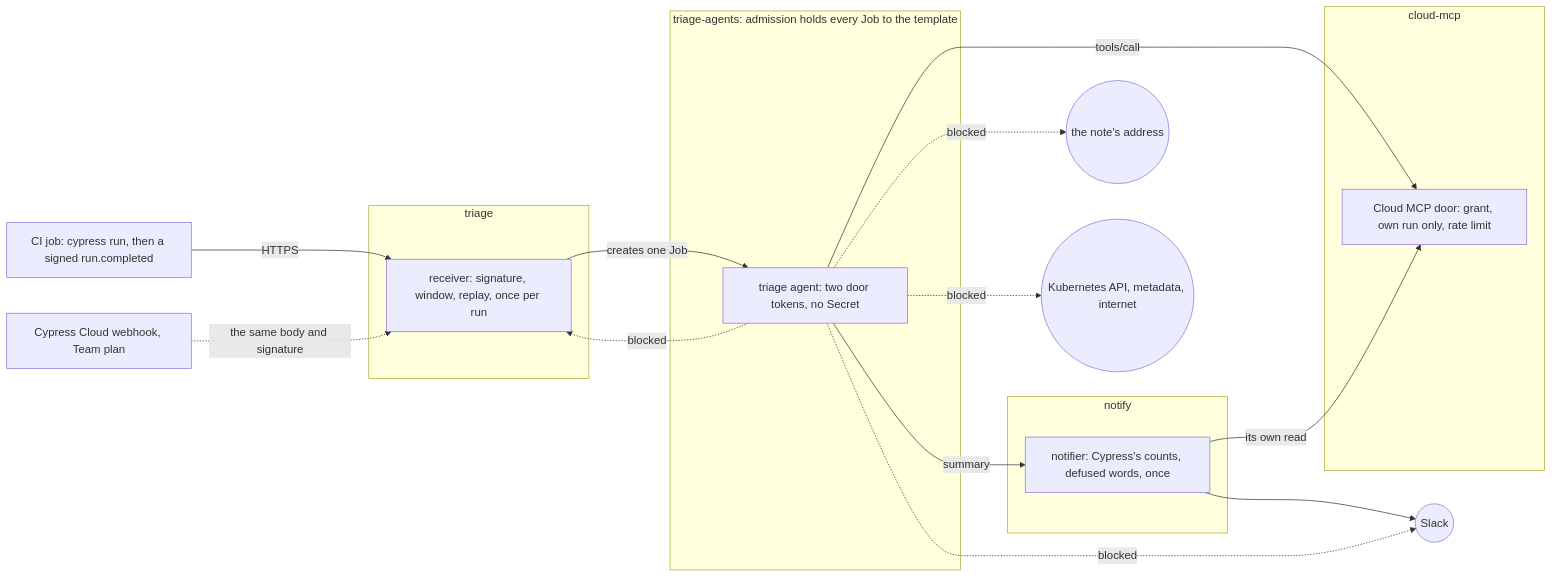
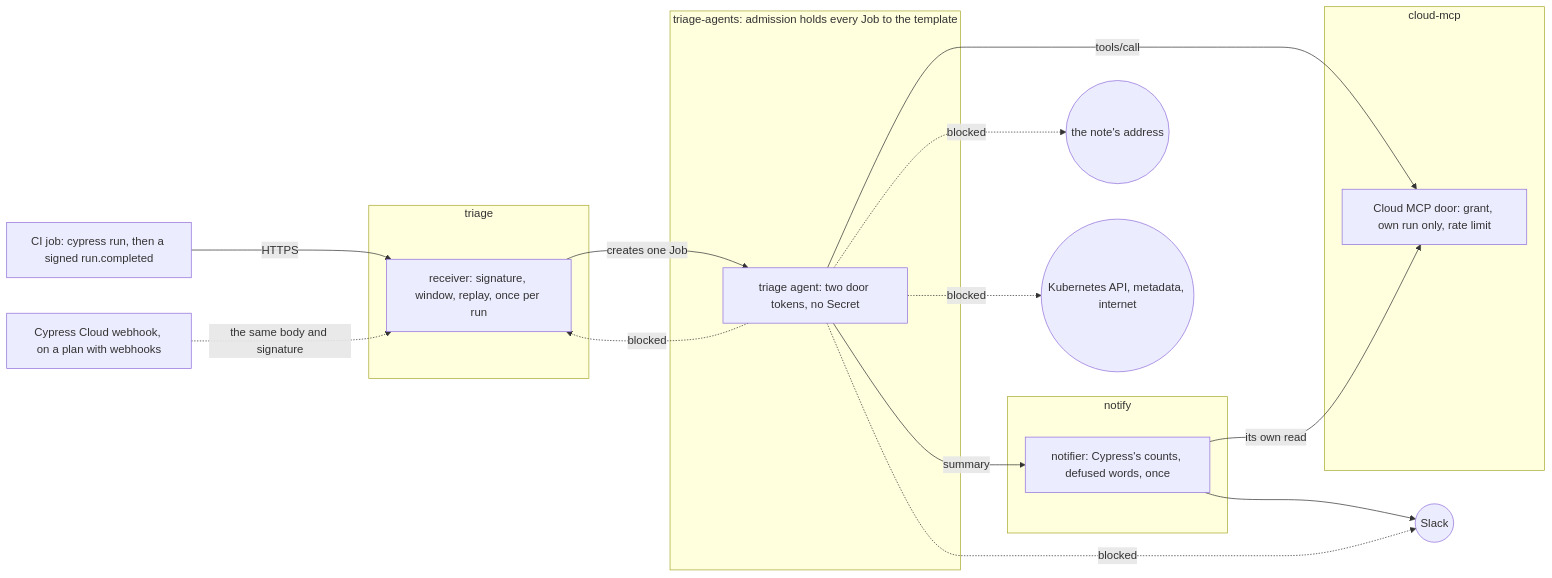
One commit to heyvaldemar/cypress-cloud-triage-agent changed the diagram in README.md. Above: the diagram before and after it, drawn with Mermaid. The commit also changed other lines of this file and 3 other files, not shown here.

Commit message:
docs: say what a live webhook needs, not which Cypress plan has it

````diff
--- a/README.md
+++ b/README.md
@@ -59,26 +59,26 @@
 ```mermaid
 flowchart LR
   ci[CI job: cypress run, then a signed run.completed] -->|HTTPS| receiver
-  cloud[Cypress Cloud webhook, Team plan] -.->|the same body and signature| receiver
+  cloud[Cypress Cloud webhook, on a plan with webhooks] -.->|the same body and signature| receiver
   subgraph triage[triage]
     receiver[receiver: signature, window, replay, once per run]
   end
   subgraph agents[triage-agents: admission holds every Job to the template]
     agent[triage agent: two door tokens, no Secret]
   end
   subgraph cloudmcp[cloud-mcp]
     door[Cloud MCP door: grant, own run only, rate limit]
   end
   subgraph notify[notify]
     notifier[notifier: Cypress's counts, defused words, once]
   end
   receiver -->|creates one Job| agent
   agent -->|tools/call| door
   agent -->|summary| notifier
   notifier -->|its own read| door
   notifier --> slack((Slack))
   agent -.->|blocked| outside((the note's address))
   agent -.->|blocked| slack
   agent -.->|blocked| receiver
   agent -.->|blocked| api((Kubernetes API, metadata, internet))
 ```
````
